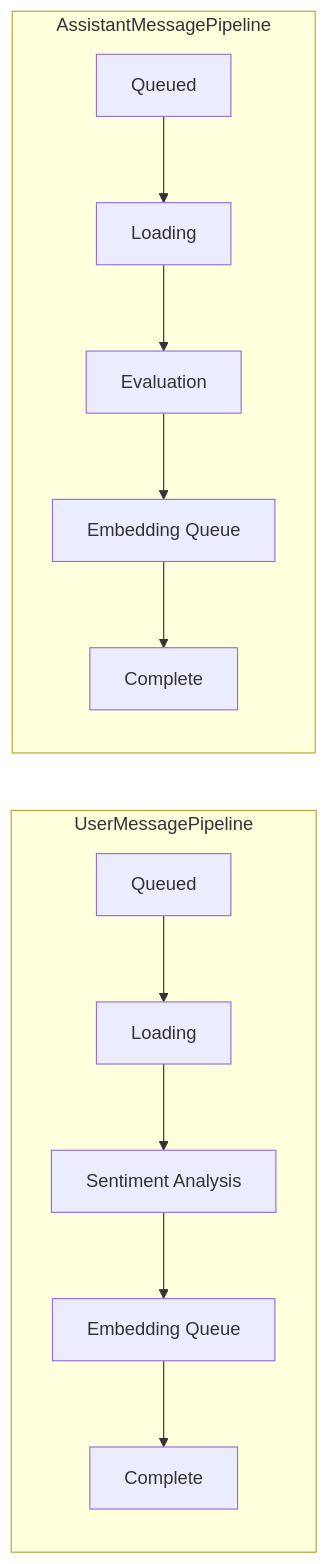
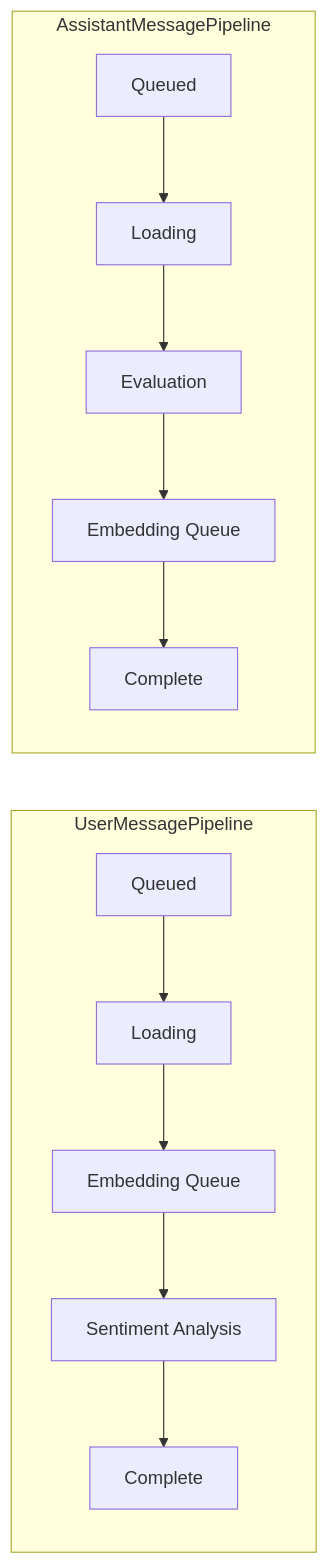
One commit to IntegerMan/JAIMES-AF changed the fifth of 5 diagrams in ARCHITECTURE.md. Above: the diagram before and after it, drawn with Mermaid. The commit also changed other lines of this file and 2 other files, not shown here.

Commit message:
Code review notes.

````diff
--- a/ARCHITECTURE.md
+++ b/ARCHITECTURE.md
@@ -143,16 +143,16 @@
 ```mermaid
 graph LR
     subgraph UserMessagePipeline
     UQ[Queued] --> UL[Loading]
-    UL --> US[Sentiment Analysis]
-    US --> UE[Embedding Queue]
-    UE --> UC[Complete]
+    UL --> UE[Embedding Queue]
+    UE --> US[Sentiment Analysis]
+    US --> UC[Complete]
     end
 
     subgraph AssistantMessagePipeline
     AQ[Queued] --> AL[Loading]
     AL --> AEV[Evaluation]
     AEV --> AE[Embedding Queue]
     AE --> AC[Complete]
     end
 ```
````
